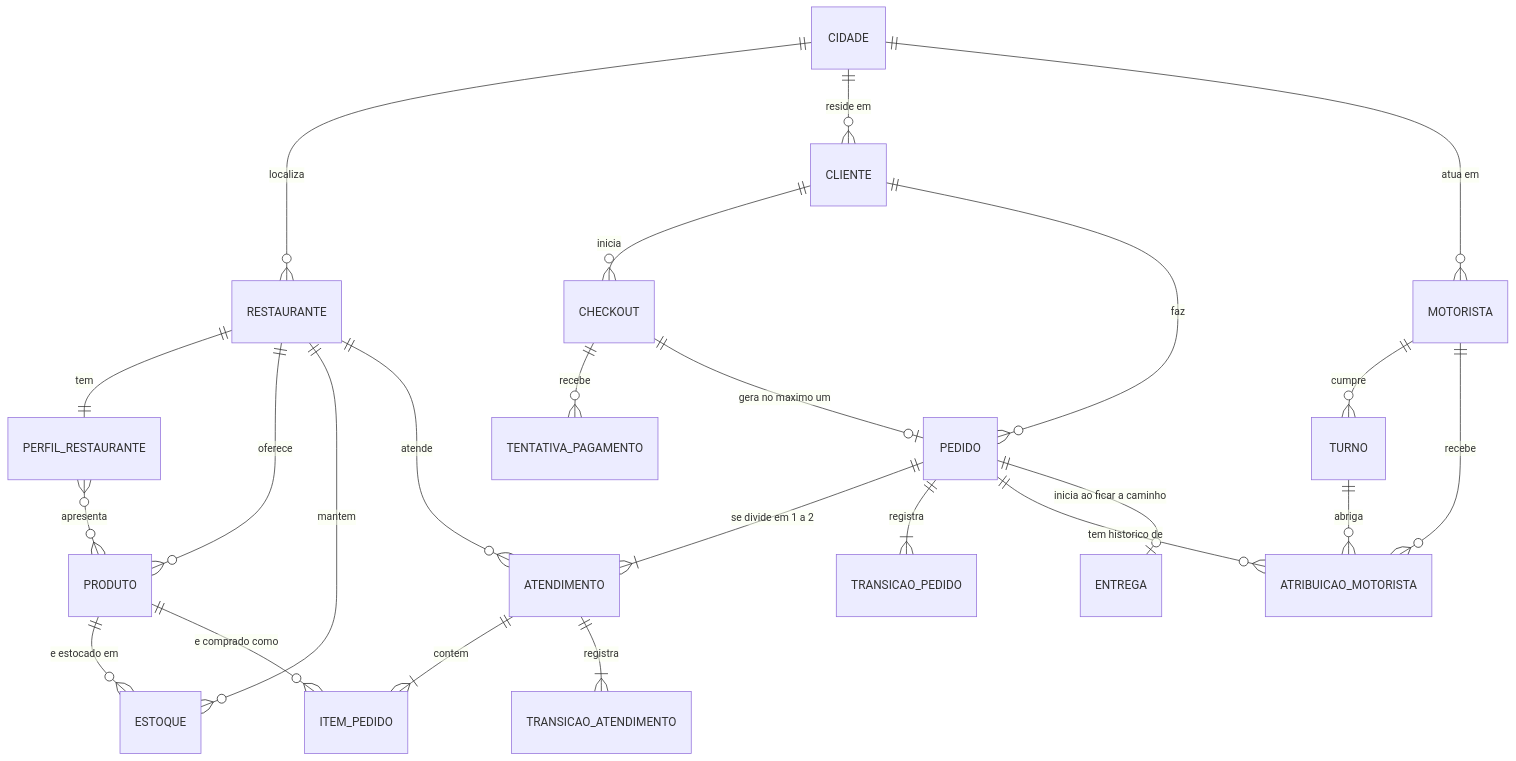
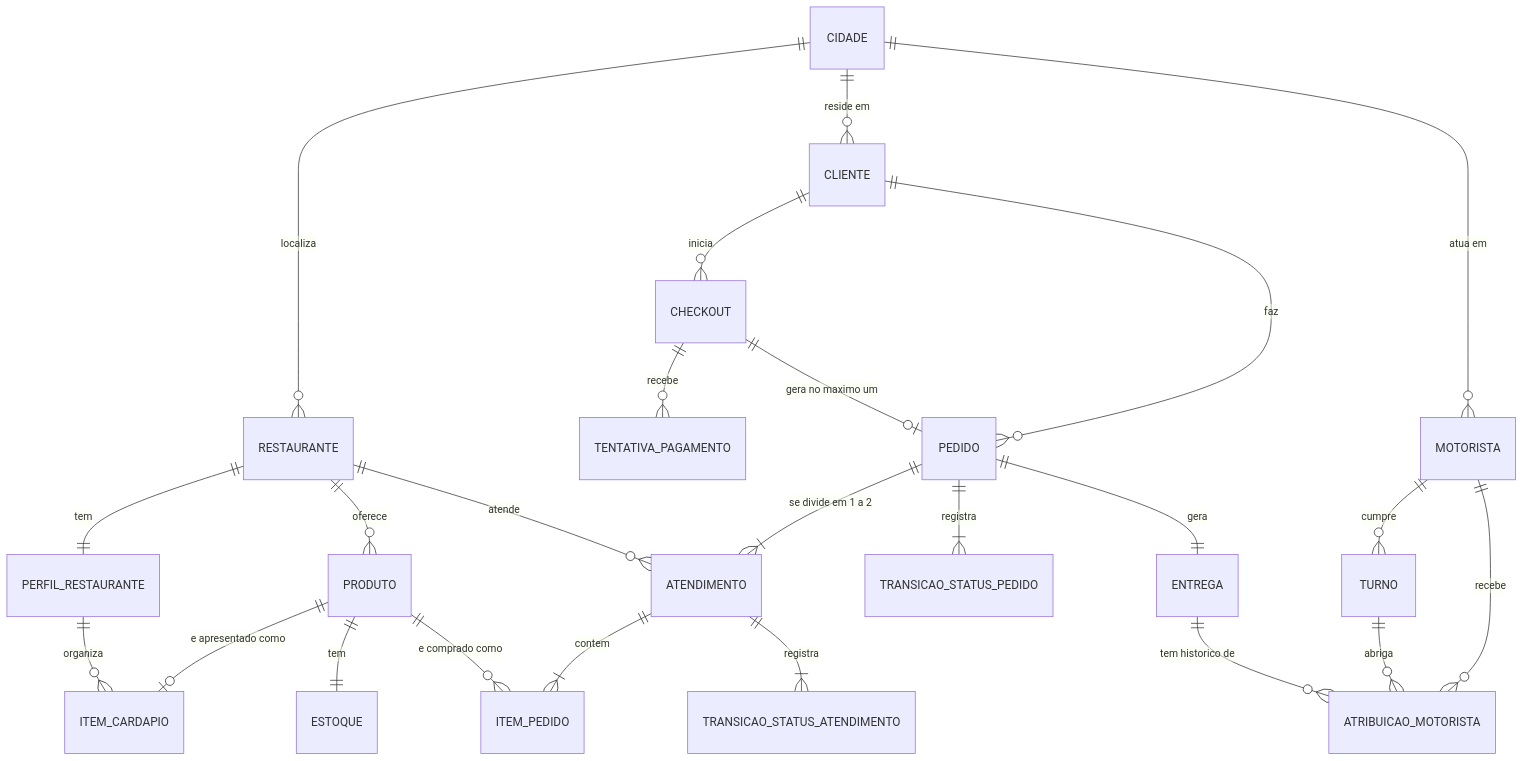
Before and after one commit to jotap-rocha/uber-eats-case: the first of 3 diagrams in shared/docs/modelagem/02-modelo-conceitual.md, drawn with Mermaid. The commit also changed other lines of this file and 1 other file, not shown here.

First line of the commit message:
docs(modelagem): revisão do diagrama 2.1 (entrega, estoque e cardápio)

````diff
--- a/shared/docs/modelagem/02-modelo-conceitual.md
+++ b/shared/docs/modelagem/02-modelo-conceitual.md
@@ -41,29 +41,29 @@
 ```mermaid
 erDiagram
     CIDADE ||--o{ RESTAURANTE : "localiza"
     CIDADE ||--o{ CLIENTE : "reside em"
     CIDADE ||--o{ MOTORISTA : "atua em"
     RESTAURANTE ||--|| PERFIL_RESTAURANTE : "tem"
-    PERFIL_RESTAURANTE }o--o{ PRODUTO : "apresenta"
+    PERFIL_RESTAURANTE ||--o{ ITEM_CARDAPIO : "organiza"
+    PRODUTO ||--o| ITEM_CARDAPIO : "e apresentado como"
     RESTAURANTE ||--o{ PRODUTO : "oferece"
-    RESTAURANTE ||--o{ ESTOQUE : "mantem"
-    PRODUTO ||--o{ ESTOQUE : "e estocado em"
+    PRODUTO ||--|| ESTOQUE : "tem"
 
     CLIENTE ||--o{ CHECKOUT : "inicia"
     CHECKOUT ||--o{ TENTATIVA_PAGAMENTO : "recebe"
     CHECKOUT ||--o| PEDIDO : "gera no maximo um"
     CLIENTE ||--o{ PEDIDO : "faz"
 
     PEDIDO ||--|{ ATENDIMENTO : "se divide em 1 a 2"
     RESTAURANTE ||--o{ ATENDIMENTO : "atende"
     ATENDIMENTO ||--|{ ITEM_PEDIDO : "contem"
     PRODUTO ||--o{ ITEM_PEDIDO : "e comprado como"
-    ATENDIMENTO ||--|{ TRANSICAO_ATENDIMENTO : "registra"
-    PEDIDO ||--|{ TRANSICAO_PEDIDO : "registra"
+    ATENDIMENTO ||--|{ TRANSICAO_STATUS_ATENDIMENTO : "registra"
+    PEDIDO ||--|{ TRANSICAO_STATUS_PEDIDO : "registra"
 
     MOTORISTA ||--o{ TURNO : "cumpre"
+    PEDIDO ||--|| ENTREGA : "gera"
+    ENTREGA ||--o{ ATRIBUICAO_MOTORISTA : "tem historico de"
     TURNO ||--o{ ATRIBUICAO_MOTORISTA : "abriga"
-    PEDIDO ||--o{ ATRIBUICAO_MOTORISTA : "tem historico de"
     MOTORISTA ||--o{ ATRIBUICAO_MOTORISTA : "recebe"
-    PEDIDO ||--o| ENTREGA : "inicia ao ficar a caminho"
 ```
````
